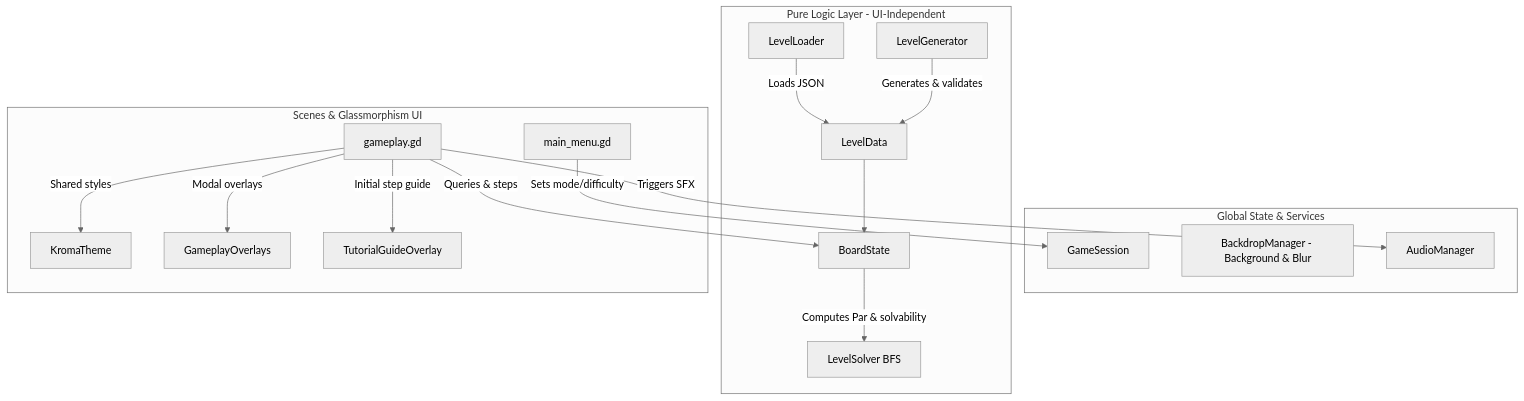
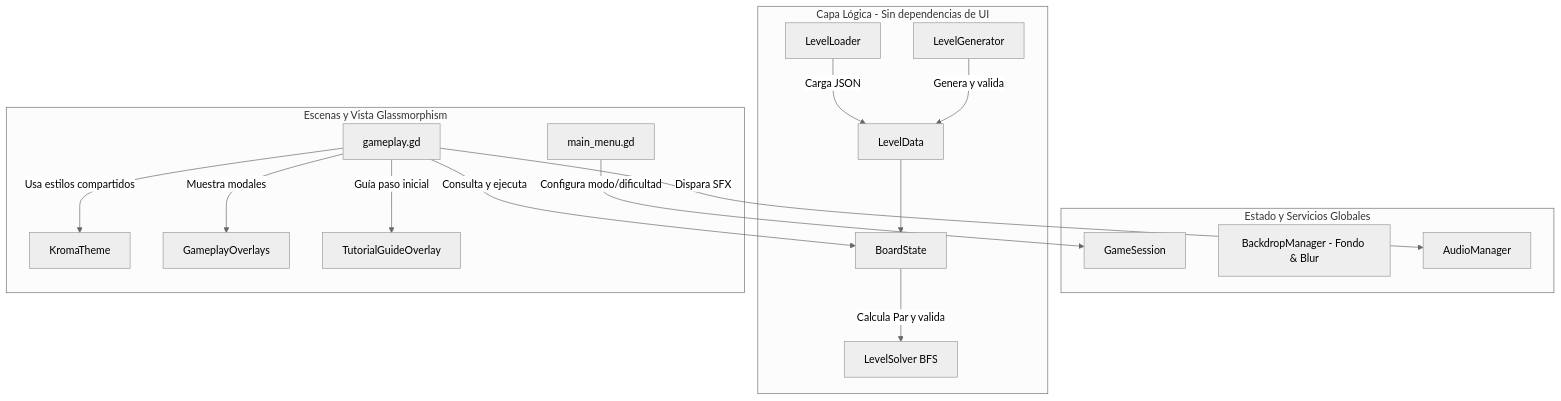
Before and after one commit to Cvelazquez3/Kroma: the diagram in README.md, drawn with Mermaid (neutral theme). The commit also changed other lines of this file, not shown here.

Commit message:
feat(v2.0): menu principal, dificultad procedural, racha perfecta, controles tactiles y estetica glassmorphism

````diff
--- a/README.md
+++ b/README.md
@@ -108,24 +108,24 @@
 ```mermaid
 flowchart TD
-	subgraph Autoloads [Global State & Services]
+	subgraph Autoloads [Estado y Servicios Globales]
 		GS[GameSession]
-		BM[BackdropManager - Background & Blur]
+		BM[BackdropManager - Fondo & Blur]
 		AM[AudioManager]
 	end
 
-	subgraph Pure_Logic [Pure Logic Layer - UI-Independent]
-		LL[LevelLoader] -->|Loads JSON| LD[LevelData]
-		LG[LevelGenerator] -->|Generates & validates| LD
+	subgraph Logica_Pura [Capa Lógica - Sin dependencias de UI]
+		LL[LevelLoader] -->|Carga JSON| LD[LevelData]
+		LG[LevelGenerator] -->|Genera y valida| LD
 		LD --> BS[BoardState]
-		BS -->|Computes Par & solvability| LS[LevelSolver BFS]
+		BS -->|Calcula Par y valida| LS[LevelSolver BFS]
 	end
 
-	subgraph View_Control [Scenes & Glassmorphism UI]
-		MM[main_menu.gd] -->|Sets mode/difficulty| GS
-		GP[gameplay.gd] -->|Queries & steps| BS
-		GP -->|Shared styles| KT[KromaTheme]
-		GP -->|Modal overlays| GO[GameplayOverlays]
-		GP -->|Initial step guide| TG[TutorialGuideOverlay]
-		GP -->|Triggers SFX| AM
+	subgraph Vista_Control [Escenas y Vista Glassmorphism]
+		MM[main_menu.gd] -->|Configura modo/dificultad| GS
+		GP[gameplay.gd] -->|Consulta y ejecuta| BS
+		GP -->|Usa estilos compartidos| KT[KromaTheme]
+		GP -->|Muestra modales| GO[GameplayOverlays]
+		GP -->|Guía paso inicial| TG[TutorialGuideOverlay]
+		GP -->|Dispara SFX| AM
 	end
 ```
````
